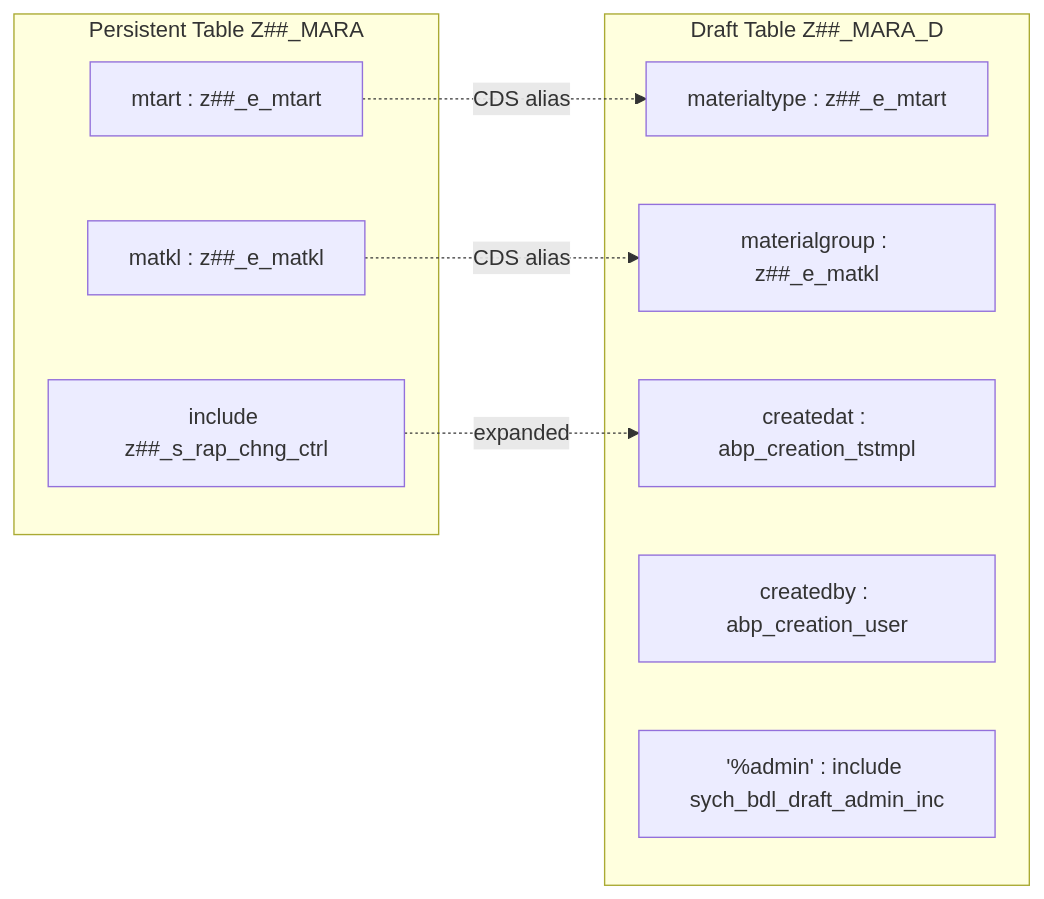
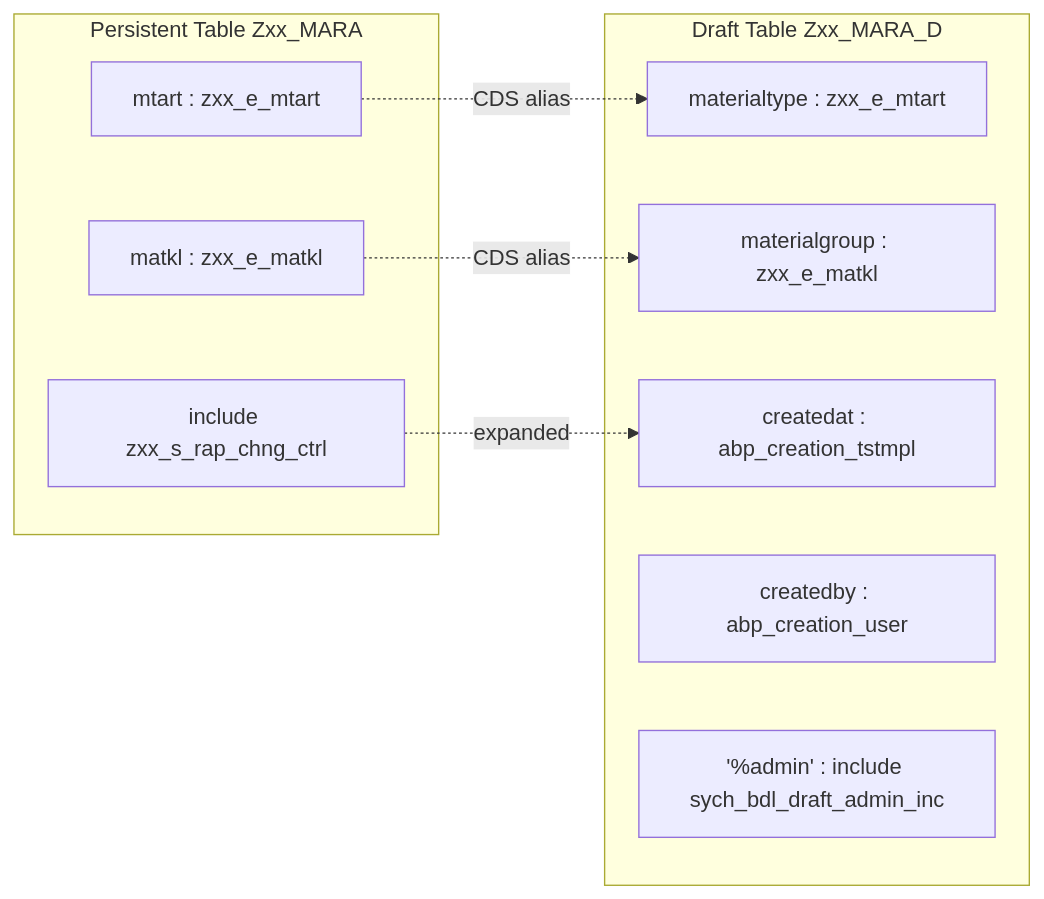
Before and after one commit to fr0ster/cloud-llm-hub: the sixth of 10 diagrams in docs/tutorials/rap-bo-creation.md, drawn with Mermaid. The commit also changed other lines of this file, not shown here.

Commit message:
fix: replace ## with xx in mermaid diagrams — # is a mermaid special character

````diff
--- a/docs/tutorials/rap-bo-creation.md
+++ b/docs/tutorials/rap-bo-creation.md
@@ -310,20 +310,20 @@
 ```mermaid
 graph LR
-    subgraph "Persistent Table Z##_MARA"
-        P1[mtart : z##_e_mtart]
-        P2[matkl : z##_e_matkl]
-        P3["include z##_s_rap_chng_ctrl"]
+    subgraph "Persistent Table Zxx_MARA"
+        P1[mtart : zxx_e_mtart]
+        P2[matkl : zxx_e_matkl]
+        P3["include zxx_s_rap_chng_ctrl"]
     end
 
-    subgraph "Draft Table Z##_MARA_D"
-        D1[materialtype : z##_e_mtart]
-        D2[materialgroup : z##_e_matkl]
+    subgraph "Draft Table Zxx_MARA_D"
+        D1[materialtype : zxx_e_mtart]
+        D2[materialgroup : zxx_e_matkl]
         D3[createdat : abp_creation_tstmpl]
         D4[createdby : abp_creation_user]
         D5["'%admin' : include sych_bdl_draft_admin_inc"]
     end
 
     P1 -.->|"CDS alias"| D1
     P2 -.->|"CDS alias"| D2
     P3 -.->|"expanded"| D3
 ```
````
